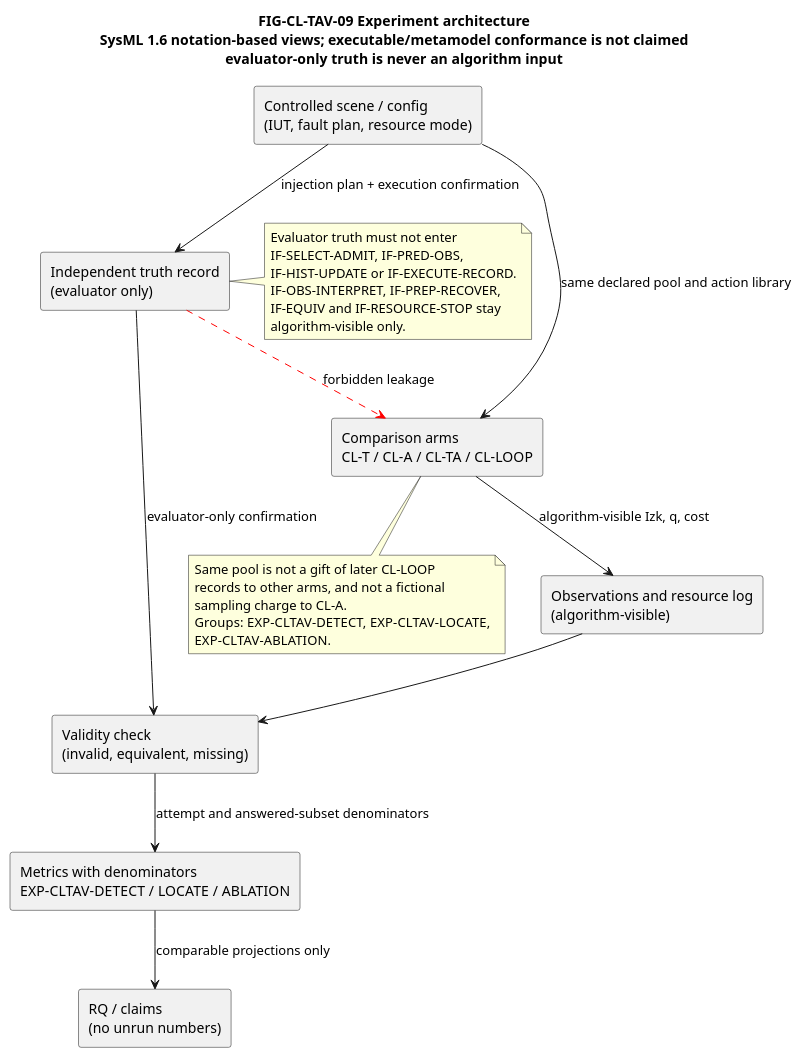
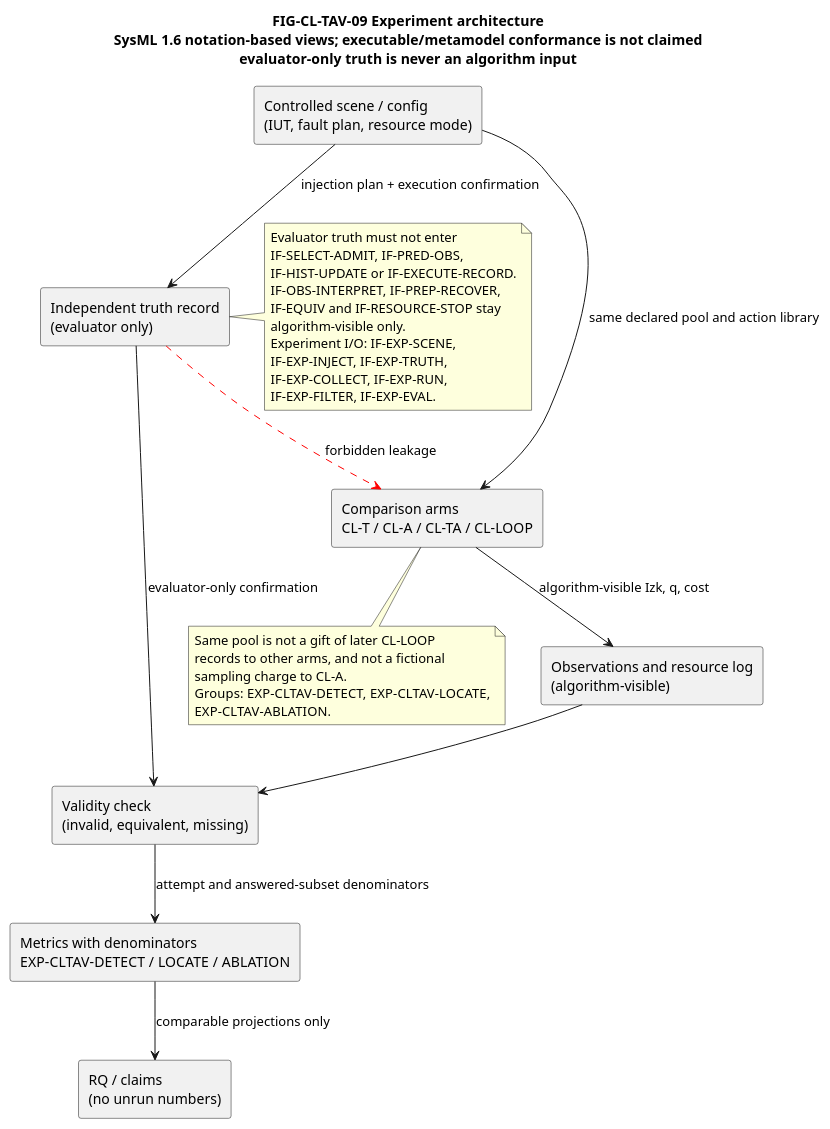
Before and after one commit to ZhangChi0727/arinc-615a-conformance: the diagram in docs/research/publication/models/FIG-CL-TAV-09-experiment-architecture.puml, drawn with PlantUML. The commit also changed 7 other files, not shown here.

```diff
--- a/docs/research/publication/models/FIG-CL-TAV-09-experiment-architecture.puml
+++ b/docs/research/publication/models/FIG-CL-TAV-09-experiment-architecture.puml
@@ -1,37 +1,41 @@
 @startuml FIG-CL-TAV-09
 skinparam shadowing false
 title FIG-CL-TAV-09 Experiment architecture\nSysML 1.6 notation-based views; executable/metamodel conformance is not claimed\nevaluator-only truth is never an algorithm input
 
 rectangle "Controlled scene / config\n(IUT, fault plan, resource mode)" as Scene
 rectangle "Independent truth record\n(evaluator only)" as Truth
 rectangle "Comparison arms\nCL-T / CL-A / CL-TA / CL-LOOP" as Arms
 rectangle "Observations and resource log\n(algorithm-visible)" as Obs
 rectangle "Validity check\n(invalid, equivalent, missing)" as Valid
 rectangle "Metrics with denominators\nEXP-CLTAV-DETECT / LOCATE / ABLATION" as Metrics
 rectangle "RQ / claims\n(no unrun numbers)" as Claims
 
 Scene --> Arms : same declared pool and action library
 Scene --> Truth : injection plan + execution confirmation
 Truth -[#red,dashed]-> Arms : forbidden leakage
 Arms --> Obs : algorithm-visible Izk, q, cost
 Obs --> Valid
 Truth --> Valid : evaluator-only confirmation
 Valid --> Metrics : attempt and answered-subset denominators
 Metrics --> Claims : comparable projections only
 
 note right of Truth
   Evaluator truth must not enter
   IF-SELECT-ADMIT, IF-PRED-OBS,
   IF-HIST-UPDATE or IF-EXECUTE-RECORD.
   IF-OBS-INTERPRET, IF-PREP-RECOVER,
   IF-EQUIV and IF-RESOURCE-STOP stay
   algorithm-visible only.
+  Experiment I/O: IF-EXP-SCENE,
+  IF-EXP-INJECT, IF-EXP-TRUTH,
+  IF-EXP-COLLECT, IF-EXP-RUN,
+  IF-EXP-FILTER, IF-EXP-EVAL.
 end note
 note bottom of Arms
   Same pool is not a gift of later CL-LOOP
   records to other arms, and not a fictional
   sampling charge to CL-A.
   Groups: EXP-CLTAV-DETECT, EXP-CLTAV-LOCATE,
   EXP-CLTAV-ABLATION.
 end note
 @enduml
```
